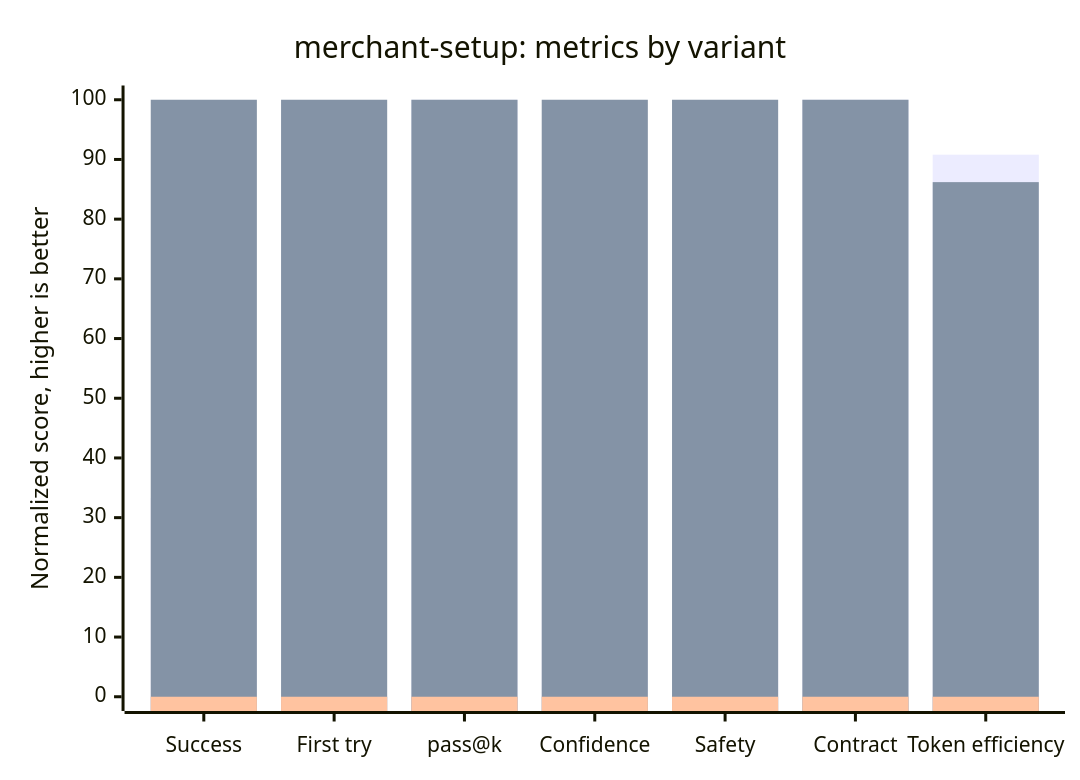
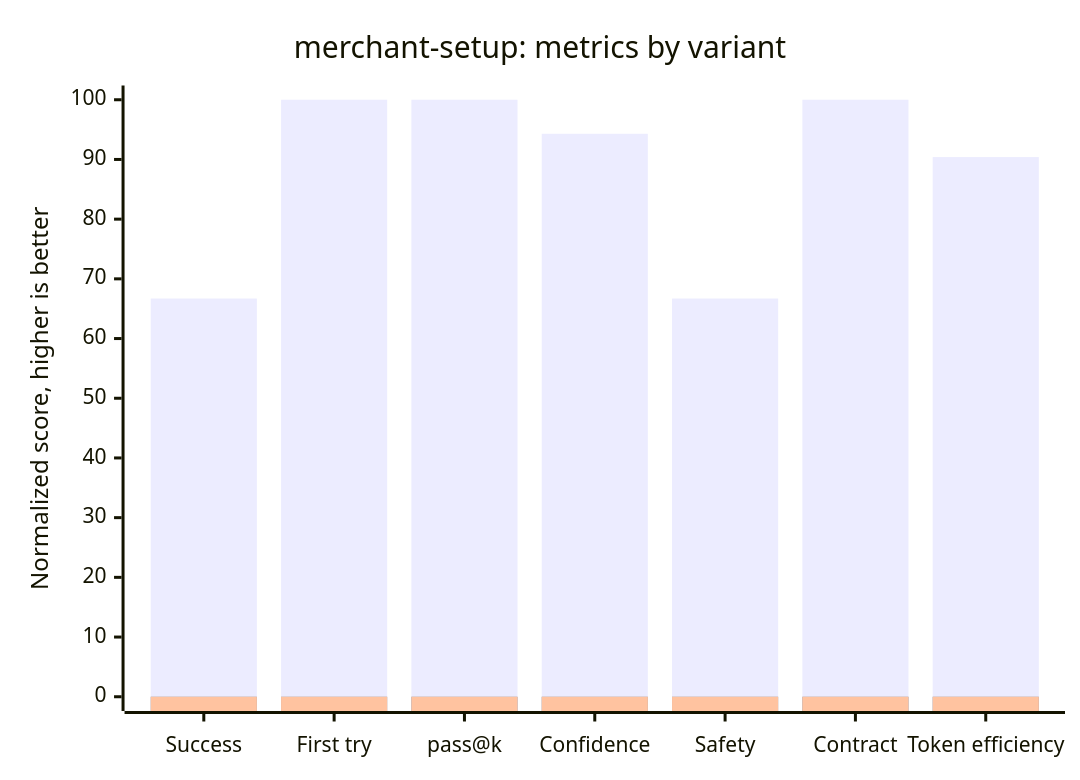
The second of 4 diagrams in README.md (apyanzin-xsolla/ai-kit-eval-dashboard), drawn with Mermaid before and after one commit. The commit also changed other lines of this file and 3 other files, not shown here.

````diff
--- a/README.md
+++ b/README.md
@@ -134,9 +134,9 @@
 ```mermaid
 xychart-beta
     title "merchant-setup: metrics by variant"
     x-axis ["Success", "First try", "pass@k", "Confidence", "Safety", "Contract", "Token efficiency"]
     y-axis "Normalized score, higher is better" 0 --> 100
-    bar [33.3, 0, 100, 83.3, 33.3, 100, 90.8]
-    bar [100, 100, 100, 100, 100, 100, 86.2]
+    bar [66.7, 100, 100, 94.3, 66.7, 100, 90.4]
+    bar [0, 0, 0, 0, 0, 0, 0]
     bar [0, 0, 0, 0, 0, 0, 0]
 ```
````
